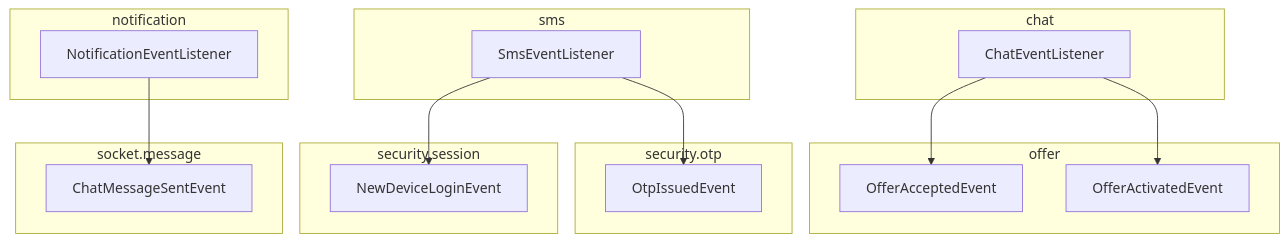
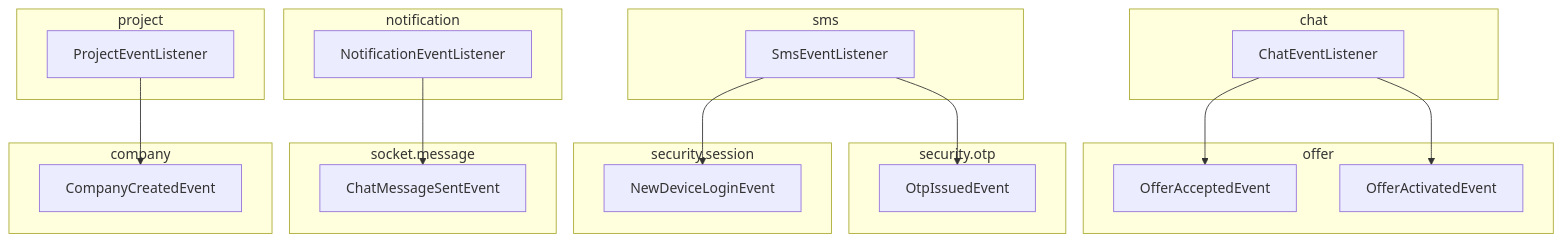
The third of 3 diagrams in apps/api/docs/project-structure.md (mortonCareer/bconnect), drawn with Mermaid before and after one commit. The commit also changed other lines of this file and 6 other files, not shown here.

````diff
--- a/apps/api/docs/project-structure.md
+++ b/apps/api/docs/project-structure.md
@@ -83,30 +84,37 @@
 ```mermaid
 graph TD
   subgraph chat
     ChatL[ChatEventListener]
   end
   subgraph offer
     OfferAE[OfferAcceptedEvent]
     OfferVE[OfferActivatedEvent]
   end
   subgraph sms
     SmsL[SmsEventListener]
   end
   subgraph security.otp
     OtpE[OtpIssuedEvent]
   end
   subgraph security.session
     LoginE[NewDeviceLoginEvent]
   end
   subgraph socket.message
     ChatMsgE[ChatMessageSentEvent]
   end
   subgraph notification
     NotiL[NotificationEventListener]
   end
+  subgraph company
+    CompanyCE[CompanyCreatedEvent]
+  end
+  subgraph project
+    ProjectL[ProjectEventListener]
+  end
   ChatL --> OfferAE
   ChatL --> OfferVE
   SmsL --> OtpE
   SmsL --> LoginE
   NotiL --> ChatMsgE
+  ProjectL --> CompanyCE
 ```
````
